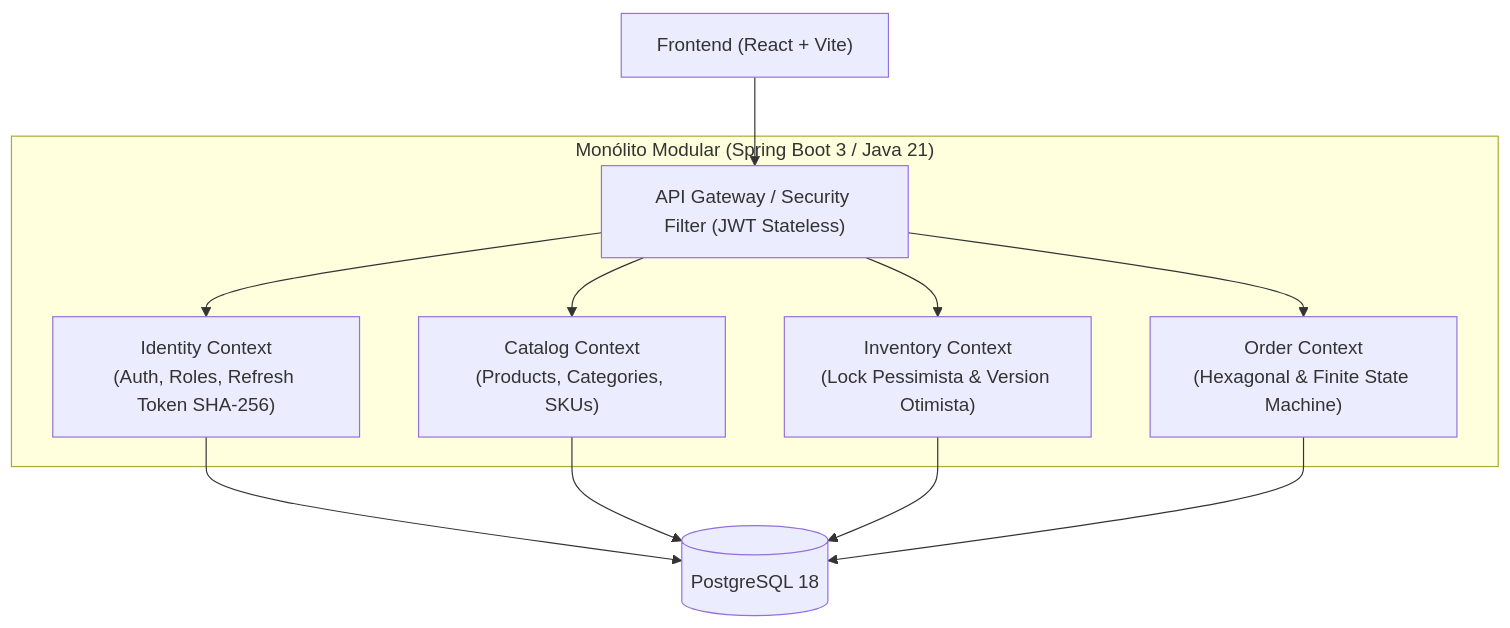
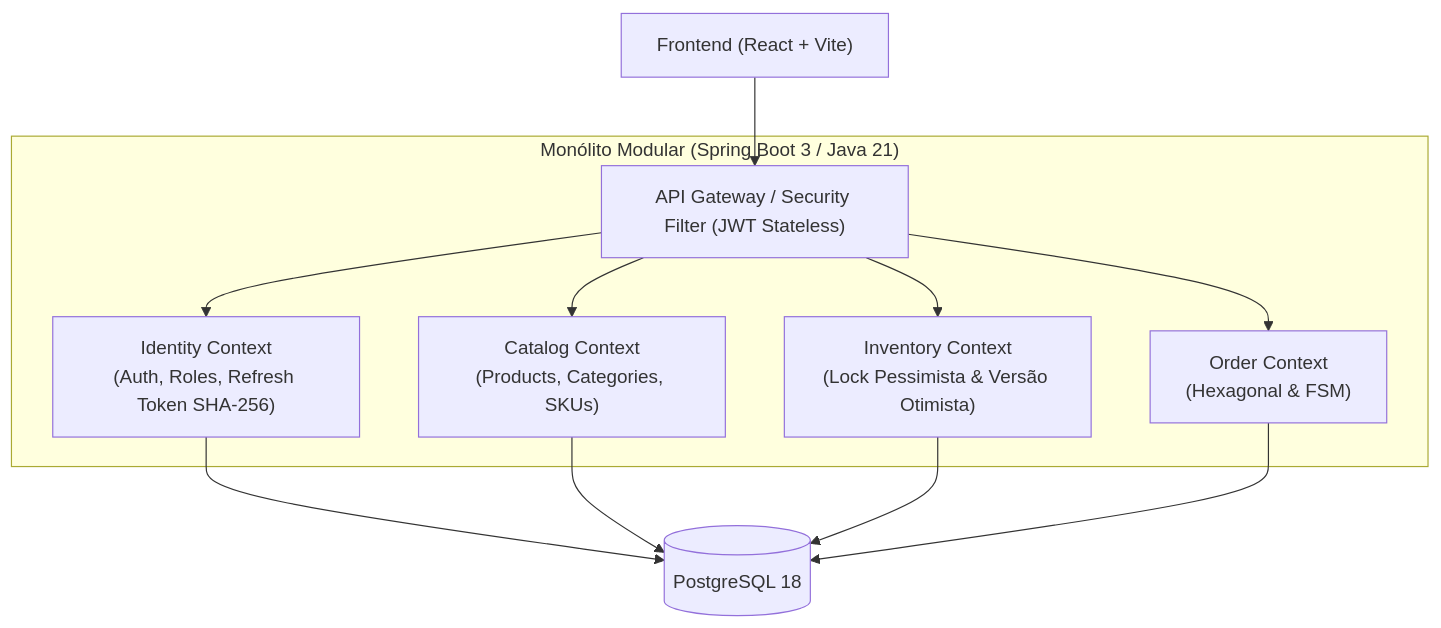
Before and after one commit to lipebarbosa/devusa: the diagram in README.md, drawn with Mermaid. The commit also changed other lines of this file, not shown here.

First line of the commit message:
docs(readme): update README with deployment, architecture and usage guide

````diff
--- a/README.md
+++ b/README.md
@@ -18,16 +18,14 @@
 ```mermaid
 graph TD
     Client["Frontend (React + Vite)"] --> Gateway["API Gateway / Security Filter (JWT Stateless)"]
-    
     subgraph "Monólito Modular (Spring Boot 3 / Java 21)"
-        Gateway --> Identity["Identity Context\n(Auth, Roles, Refresh Token SHA-256)"]
+        Gateway --> Identity["Identity Context\n(Auth, Roles, Refresh Token SHA‑256)"]
         Gateway --> Catalog["Catalog Context\n(Products, Categories, SKUs)"]
-        Gateway --> Inventory["Inventory Context\n(Lock Pessimista & Version Otimista)"]
-        Gateway --> Order["Order Context\n(Hexagonal & Finite State Machine)"]
+        Gateway --> Inventory["Inventory Context\n(Lock Pessimista & Versão Otimista)"]
+        Gateway --> Order["Order Context\n(Hexagonal & FSM)"]
     end
-    
     Identity --> DB[(PostgreSQL 18)]
     Catalog --> DB
     Inventory --> DB
     Order --> DB
 ```
````
